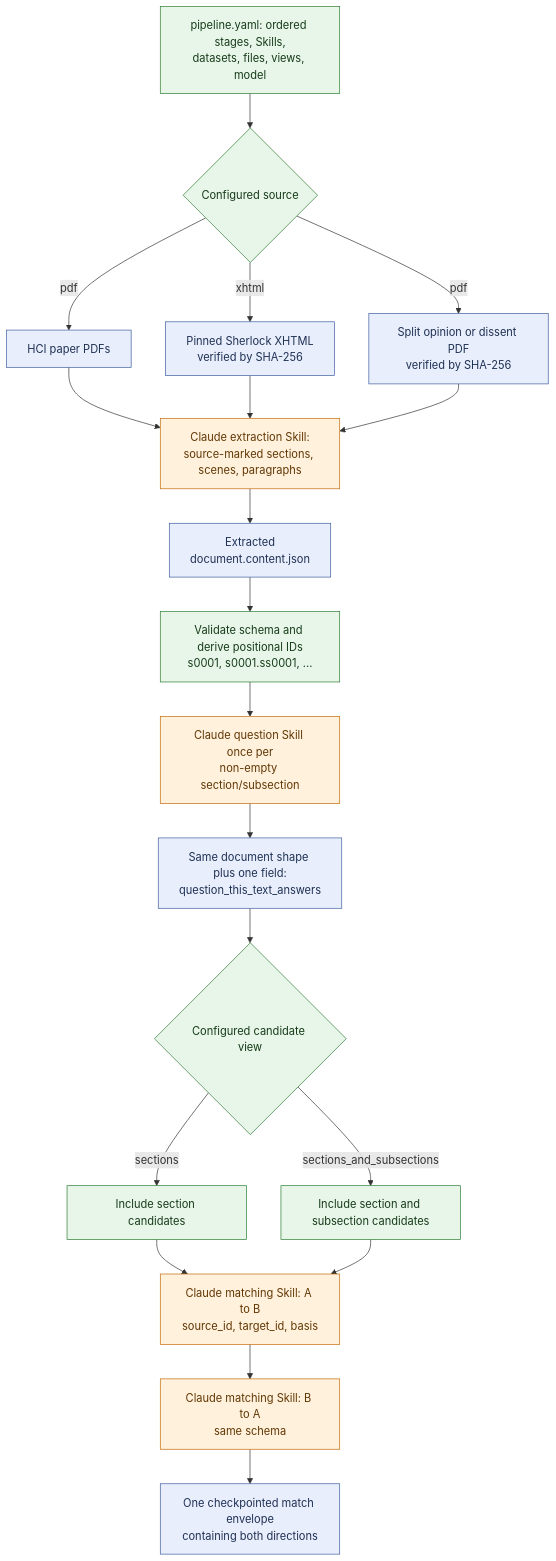
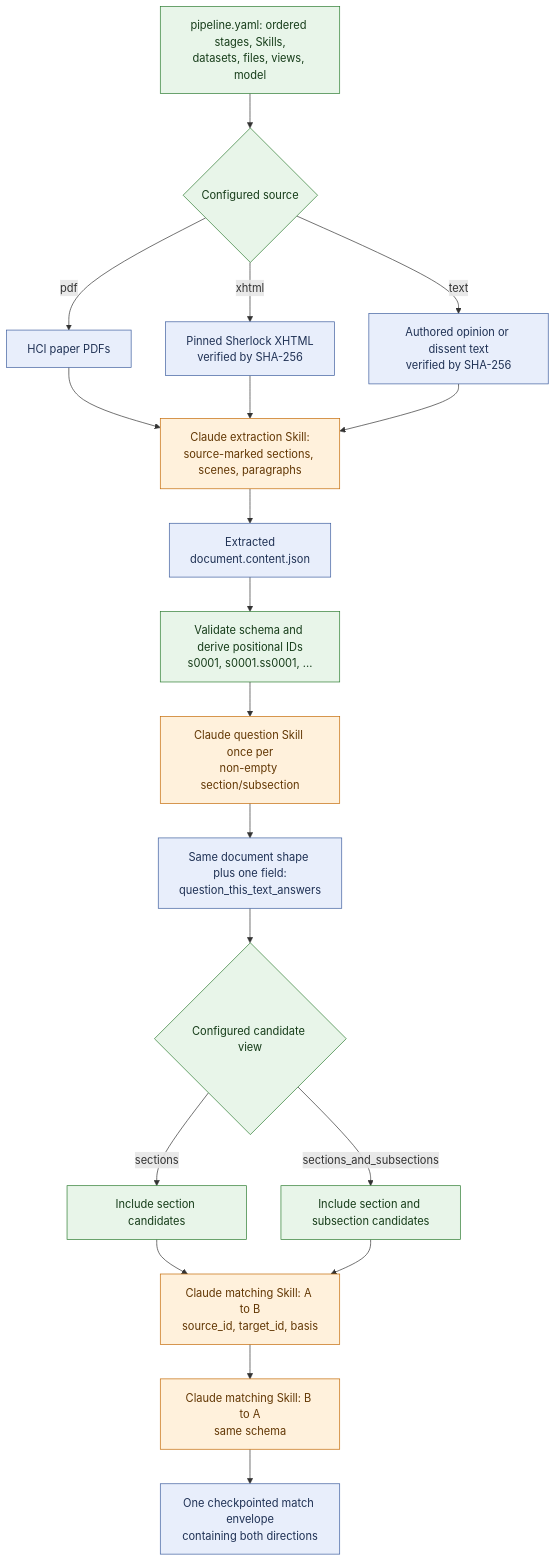
The first of 2 diagrams in PIPELINE_FLOW.md (GraceGSy/SME-prototype), drawn with Mermaid before and after one commit. The commit also changed 27 other files, not shown here.

Commit message:
Replace legal PDFs with text sources

````diff
--- a/PIPELINE_FLOW.md
+++ b/PIPELINE_FLOW.md
@@ -8,32 +8,32 @@
 ```mermaid
 flowchart TD
     Config["pipeline.yaml: ordered stages, Skills,<br/>datasets, files, views, model"]:::det
     Source{"Configured source"}:::det
     HCI["HCI paper PDFs"]:::artifact
     Story["Pinned Sherlock XHTML<br/>verified by SHA-256"]:::artifact
-    Legal["Split opinion or dissent PDF<br/>verified by SHA-256"]:::artifact
+    Legal["Authored opinion or dissent text<br/>verified by SHA-256"]:::artifact
     Extract["Claude extraction Skill:<br/>source-marked sections, scenes, paragraphs"]:::llm
     Content["Extracted<br/>document.content.json"]:::artifact
     IDs["Validate schema and derive positional IDs<br/>s0001, s0001.ss0001, ..."]:::det
     Question["Claude question Skill once per<br/>non-empty section/subsection"]:::llm
     Questions["Same document shape plus one field:<br/>question_this_text_answers"]:::artifact
     View{"Configured candidate view"}:::det
     Sections["Include section candidates"]:::det
     Nested["Include section and subsection candidates"]:::det
     Forward["Claude matching Skill: A to B<br/>source_id, target_id, basis"]:::llm
     Reverse["Claude matching Skill: B to A<br/>same schema"]:::llm
     Matches["One checkpointed match envelope<br/>containing both directions"]:::artifact
 
     Config --> Source
     Source -->|pdf| HCI --> Extract
     Source -->|xhtml| Story --> Extract
-    Source -->|pdf| Legal --> Extract
+    Source -->|text| Legal --> Extract
     Extract --> Content
     Content --> IDs --> Question --> Questions --> View
     View -->|sections| Sections --> Forward
     View -->|sections_and_subsections| Nested --> Forward
     Forward --> Reverse --> Matches
     classDef det fill:#e8f5e9,stroke:#2e7d32,color:#163c19;
     classDef llm fill:#fff1dc,stroke:#c46b08,color:#623704;
     classDef artifact fill:#e8eefb,stroke:#3f5f9f,color:#1f3154;
 ```
````
